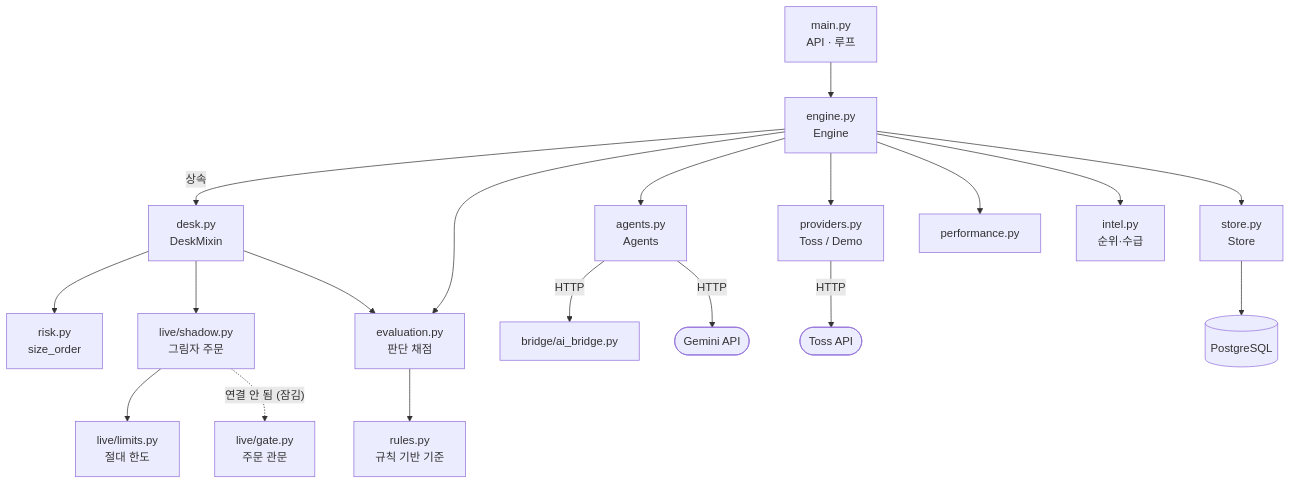
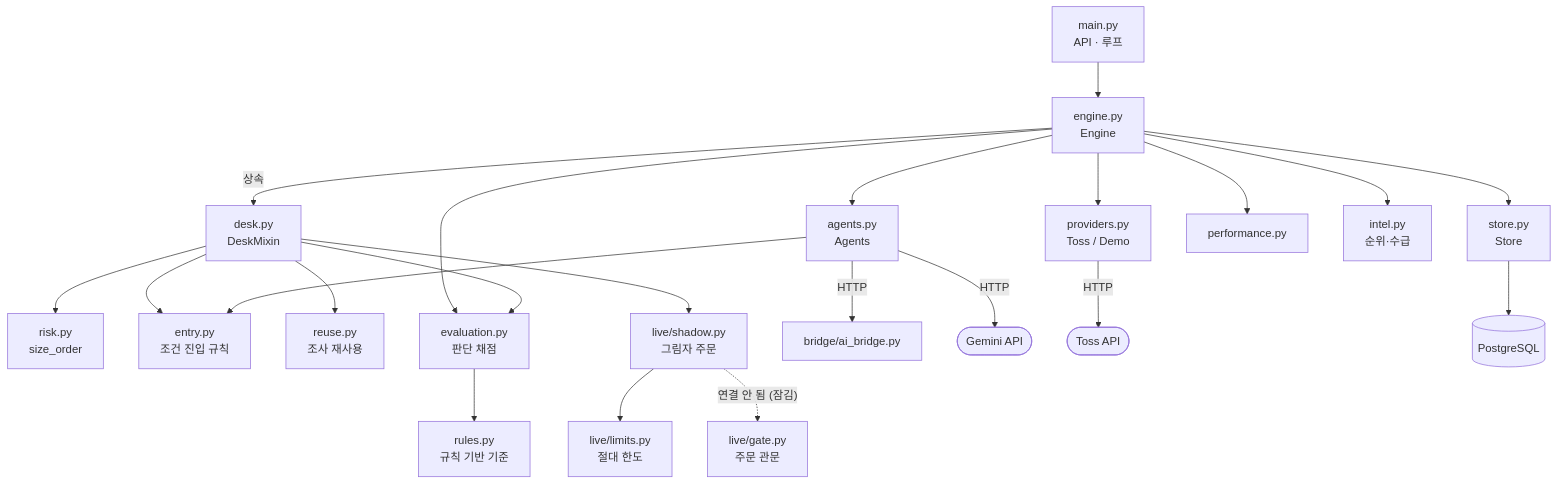
Before and after one commit to eshir0/stock-lab: the ninth of 10 diagrams in README.md, drawn with Mermaid. The commit also changed other lines of this file and 12 other files, not shown here.

````diff
--- a/README.md
+++ b/README.md
@@ -495,21 +604,24 @@
 ```mermaid
 flowchart TD
     main["main.py<br/>API · 루프"] --> engine["engine.py<br/>Engine"]
     engine -->|상속| desk["desk.py<br/>DeskMixin"]
     engine --> agents["agents.py<br/>Agents"]
     engine --> providers["providers.py<br/>Toss / Demo"]
     engine --> store["store.py<br/>Store"]
     desk --> risk["risk.py<br/>size_order"]
+    desk --> entry["entry.py<br/>조건 진입 규칙"]
+    desk --> reuse["reuse.py<br/>조사 재사용"]
+    agents --> entry
     engine --> perf["performance.py"]
     engine --> ev["evaluation.py<br/>판단 채점"]
     desk --> ev
     ev --> rules["rules.py<br/>규칙 기반 기준"]
     engine --> intel["intel.py<br/>순위·수급"]
     desk --> shadow["live/shadow.py<br/>그림자 주문"]
     shadow --> limits["live/limits.py<br/>절대 한도"]
     shadow -.->|"연결 안 됨 (잠김)"| gate["live/gate.py<br/>주문 관문"]
     agents -->|HTTP| bridge["bridge/ai_bridge.py"]
     agents -->|HTTP| gemini(["Gemini API"])
     providers -->|HTTP| toss(["Toss API"])
     store --> pg[("PostgreSQL")]
 ```
````
